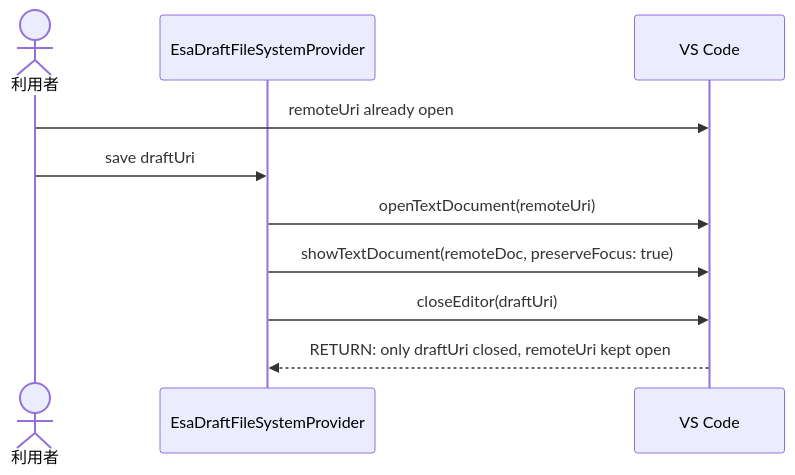
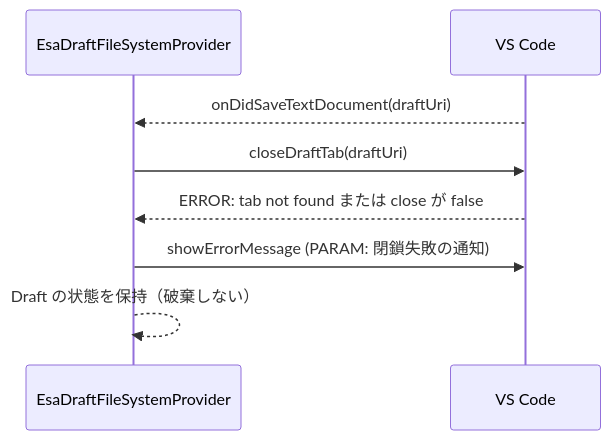
The third of 6 diagrams in .github/copilot/plans/8-new-draft-close.md (LevelCapCoJapanTools/vscode_esa_explorer), drawn with Mermaid before and after one commit. The commit also changed other lines of this file, not shown here.

First line of the commit message:
design: 下書き閉鎖を tabGroups による URI 照合へ修正し plan テンプレートを補完

````diff
--- a/.github/copilot/plans/8-new-draft-close.md
+++ b/.github/copilot/plans/8-new-draft-close.md
@@ -266,13 +329,11 @@
 ```mermaid
 sequenceDiagram
-    actor User as 利用者
     participant Provider as EsaDraftFileSystemProvider
     participant VS as VS Code
 
-    User->>VS: remoteUri already open
-    User->>Provider: save draftUri
-    Provider->>VS: openTextDocument(remoteUri)
-    Provider->>VS: showTextDocument(remoteDoc, preserveFocus: true)
-    Provider->>VS: closeEditor(draftUri)
-    VS-->>Provider: RETURN: only draftUri closed, remoteUri kept open
+    VS-->>Provider: onDidSaveTextDocument(draftUri)
+    Provider->>VS: closeDraftTab(draftUri)
+    VS-->>Provider: ERROR: tab not found または close が false
+    Provider->>VS: showErrorMessage (PARAM: 閉鎖失敗の通知)
+    Provider-->>Provider: Draft の状態を保持（破棄しない）
 ```
````
